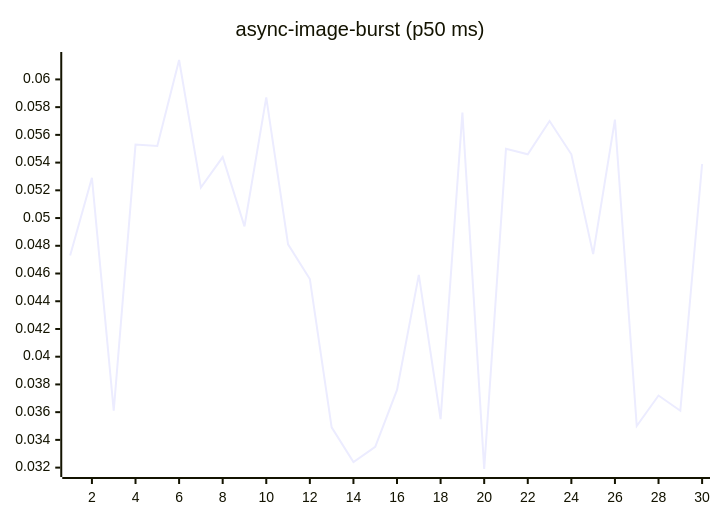
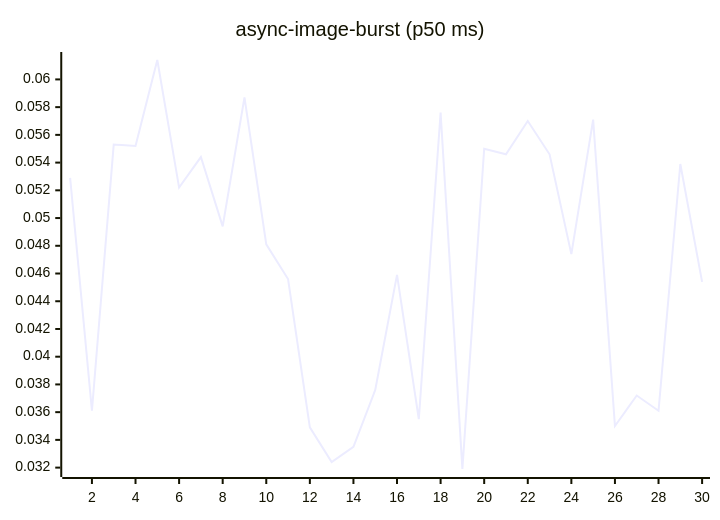
Before and after one commit to josha/Facet: the fourth of 27 diagrams in README.md, drawn with Mermaid. The commit also changed other lines of this file and 2 other files, not shown here.

````diff
--- a/README.md
+++ b/README.md
@@ -84,6 +84,6 @@
 ```mermaid
 xychart-beta
     title "async-image-burst (p50 ms)"
     x-axis 1 --> 30
-    line [0.0473, 0.0529, 0.0361, 0.0553, 0.0552, 0.0614, 0.0522, 0.0544, 0.0494, 0.0587, 0.0481, 0.0456, 0.0349, 0.0324, 0.0335, 0.0376, 0.0459, 0.0355, 0.0576, 0.0319, 0.0550, 0.0546, 0.0570, 0.0546, 0.0474, 0.0571, 0.0350, 0.0372, 0.0361, 0.0539]
+    line [0.0529, 0.0361, 0.0553, 0.0552, 0.0614, 0.0522, 0.0544, 0.0494, 0.0587, 0.0481, 0.0456, 0.0349, 0.0324, 0.0335, 0.0376, 0.0459, 0.0355, 0.0576, 0.0319, 0.0550, 0.0546, 0.0570, 0.0546, 0.0474, 0.0571, 0.0350, 0.0372, 0.0361, 0.0539, 0.0454]
 ```
````
